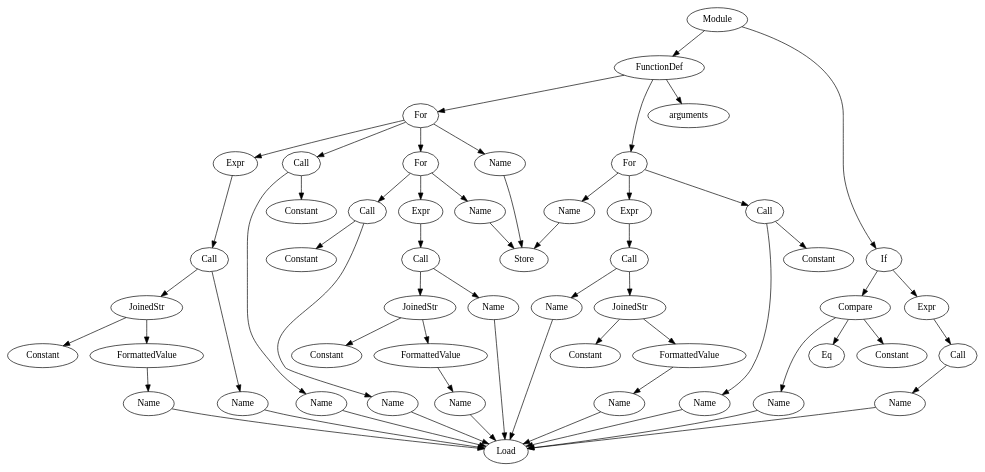
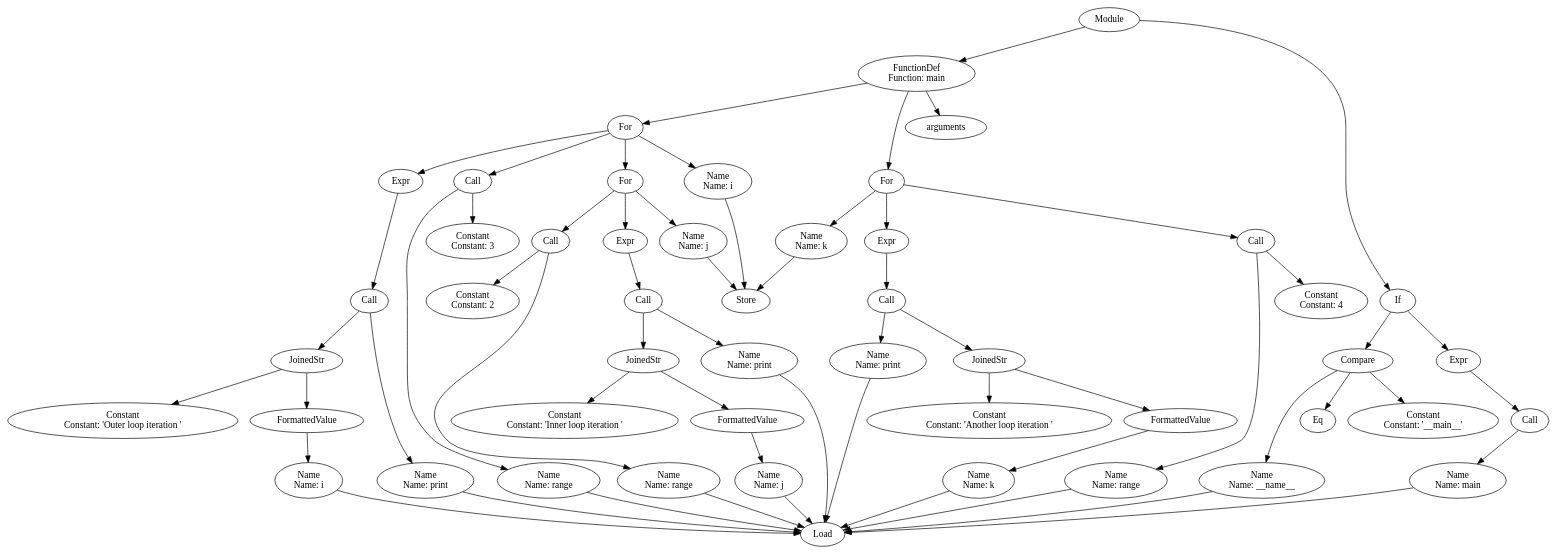
One commit to UnTea/Compiler-ish changed the diagram in output/output.dot. Above: the diagram before and after it, drawn with Graphviz. The commit also changed 2 other files, not shown here.

```diff
--- a/output/output.dot
+++ b/output/output.dot
@@ -1,123 +1,145 @@
 digraph AST {
-	"2815428092560" [label = "Module"]
-	"2815428092560" -> "2815428092608"
-	"2815428092560" -> "2815428092656"
-	"2815428092608" [label = "FunctionDef"]
-	"2815428092608" -> "2815428092704"
-	"2815428092608" -> "2815428092752"
-	"2815428092608" -> "2815428092848"
-	"2815428092704" [label = "arguments"]
-	"2815428092752" [label = "For"]
-	"2815428092752" -> "2815428092800"
-	"2815428092752" -> "2815428092896"
-	"2815428092752" -> "2815428092992"
-	"2815428092752" -> "2815428093472"
-	"2815428092800" [label = "Name"]
-	"2815428092800" -> "2815427706944"
-	"2815427706944" [label = "Store"]
-	"2815428092896" [label = "Call"]
-	"2815428092896" -> "2815428092944"
-	"2815428092896" -> "2815428093040"
-	"2815428092944" [label = "Name"]
-	"2815428092944" -> "2815427707040"
-	"2815427707040" [label = "Load"]
-	"2815428093040" [label = "Constant"]
-	"2815428092992" [label = "Expr"]
-	"2815428092992" -> "2815428093088"
-	"2815428093088" [label = "Call"]
-	"2815428093088" -> "2815428093136"
-	"2815428093088" -> "2815428093184"
-	"2815428093136" [label = "Name"]
-	"2815428093136" -> "2815427707040"
-	"2815427707040" [label = "Load"]
-	"2815428093184" [label = "JoinedStr"]
-	"2815428093184" -> "2815428093232"
-	"2815428093184" -> "2815428093280"
-	"2815428093232" [label = "Constant"]
-	"2815428093280" [label = "FormattedValue"]
-	"2815428093280" -> "2815428093328"
-	"2815428093328" [label = "Name"]
-	"2815428093328" -> "2815427707040"
-	"2815427707040" [label = "Load"]
-	"2815428093472" [label = "For"]
-	"2815428093472" -> "2815428093520"
-	"2815428093472" -> "2815428093616"
-	"2815428093472" -> "2815428093760"
-	"2815428093520" [label = "Name"]
-	"2815428093520" -> "2815427706944"
-	"2815427706944" [label = "Store"]
-	"2815428093616" [label = "Call"]
-	"2815428093616" -> "2815428093664"
-	"2815428093616" -> "2815428093712"
-	"2815428093664" [label = "Name"]
-	"2815428093664" -> "2815427707040"
-	"2815427707040" [label = "Load"]
-	"2815428093712" [label = "Constant"]
-	"2815428093760" [label = "Expr"]
-	"2815428093760" -> "2815428093808"
-	"2815428093808" [label = "Call"]
-	"2815428093808" -> "2815428093856"
-	"2815428093808" -> "2815428093904"
-	"2815428093856" [label = "Name"]
-	"2815428093856" -> "2815427707040"
-	"2815427707040" [label = "Load"]
-	"2815428093904" [label = "JoinedStr"]
-	"2815428093904" -> "2815428093952"
-	"2815428093904" -> "2815428094000"
-	"2815428093952" [label = "Constant"]
-	"2815428094000" [label = "FormattedValue"]
-	"2815428094000" -> "2815428094048"
-	"2815428094048" [label = "Name"]
-	"2815428094048" -> "2815427707040"
-	"2815427707040" [label = "Load"]
-	"2815428092848" [label = "For"]
-	"2815428092848" -> "2815428093568"
-	"2815428092848" -> "2815428094192"
-	"2815428092848" -> "2815428094336"
-	"2815428093568" [label = "Name"]
-	"2815428093568" -> "2815427706944"
-	"2815427706944" [label = "Store"]
-	"2815428094192" [label = "Call"]
-	"2815428094192" -> "2815428094240"
-	"2815428094192" -> "2815428094288"
-	"2815428094240" [label = "Name"]
-	"2815428094240" -> "2815427707040"
-	"2815427707040" [label = "Load"]
-	"2815428094288" [label = "Constant"]
-	"2815428094336" [label = "Expr"]
-	"2815428094336" -> "2815428094384"
-	"2815428094384" [label = "Call"]
-	"2815428094384" -> "2815428094432"
-	"2815428094384" -> "2815428094480"
-	"2815428094432" [label = "Name"]
-	"2815428094432" -> "2815427707040"
-	"2815427707040" [label = "Load"]
-	"2815428094480" [label = "JoinedStr"]
-	"2815428094480" -> "2815428094528"
-	"2815428094480" -> "2815428094576"
-	"2815428094528" [label = "Constant"]
-	"2815428094576" [label = "FormattedValue"]
-	"2815428094576" -> "2815428094624"
-	"2815428094624" [label = "Name"]
-	"2815428094624" -> "2815427707040"
-	"2815427707040" [label = "Load"]
-	"2815428092656" [label = "If"]
-	"2815428092656" -> "2815428094768"
-	"2815428092656" -> "2815428094960"
-	"2815428094768" [label = "Compare"]
-	"2815428094768" -> "2815428094816"
-	"2815428094768" -> "2815427711840"
-	"2815428094768" -> "2815428094912"
-	"2815428094816" [label = "Name"]
-	"2815428094816" -> "2815427707040"
-	"2815427707040" [label = "Load"]
-	"2815427711840" [label = "Eq"]
-	"2815428094912" [label = "Constant"]
-	"2815428094960" [label = "Expr"]
-	"2815428094960" -> "2815428095008"
-	"2815428095008" [label = "Call"]
-	"2815428095008" -> "2815428095056"
-	"2815428095056" [label = "Name"]
-	"2815428095056" -> "2815427707040"
-	"2815427707040" [label = "Load"]
+	"1730208856096" [label = "Module"]
+	"1730208856096" -> "1730208856624"
+	"1730208856096" -> "1730208855856"
+	"1730208856624" [label = "FunctionDef
+Function: main"]
+	"1730208856624" -> "1730208856576"
+	"1730208856624" -> "1730208855616"
+	"1730208856624" -> "1730208857920"
+	"1730208856576" [label = "arguments"]
+	"1730208855616" [label = "For"]
+	"1730208855616" -> "1730208857872"
+	"1730208855616" -> "1730208857968"
+	"1730208855616" -> "1730212913664"
+	"1730208855616" -> "1730212917216"
+	"1730208857872" [label = "Name
+Name: i"]
+	"1730208857872" -> "1730212495424"
+	"1730212495424" [label = "Store"]
+	"1730208857968" [label = "Call"]
+	"1730208857968" -> "1730212912704"
+	"1730208857968" -> "1730212913760"
+	"1730212912704" [label = "Name
+Name: range"]
+	"1730212912704" -> "1730212495520"
+	"1730212495520" [label = "Load"]
+	"1730212913760" [label = "Constant
+Constant: 3"]
+	"1730212913664" [label = "Expr"]
+	"1730212913664" -> "1730212915152"
+	"1730212915152" [label = "Call"]
+	"1730212915152" -> "1730212915632"
+	"1730212915152" -> "1730212915728"
+	"1730212915632" [label = "Name
+Name: print"]
+	"1730212915632" -> "1730212495520"
+	"1730212495520" [label = "Load"]
+	"1730212915728" [label = "JoinedStr"]
+	"1730212915728" -> "1730212916064"
+	"1730212915728" -> "1730212916112"
+	"1730212916064" [label = "Constant
+Constant: 'Outer loop iteration '"]
+	"1730212916112" [label = "FormattedValue"]
+	"1730212916112" -> "1730212916304"
+	"1730212916304" [label = "Name
+Name: i"]
+	"1730212916304" -> "1730212495520"
+	"1730212495520" [label = "Load"]
+	"1730212917216" [label = "For"]
+	"1730212917216" -> "1730212918608"
+	"1730212917216" -> "1730212918944"
+	"1730212917216" -> "1730213320384"
+	"1730212918608" [label = "Name
+Name: j"]
+	"1730212918608" -> "1730212495424"
+	"1730212495424" [label = "Store"]
+	"1730212918944" [label = "Call"]
+	"1730212918944" -> "1730212920864"
+	"1730212918944" -> "1730212905024"
+	"1730212920864" [label = "Name
+Name: range"]
+	"1730212920864" -> "1730212495520"
+	"1730212495520" [label = "Load"]
+	"1730212905024" [label = "Constant
+Constant: 2"]
+	"1730213320384" [label = "Expr"]
+	"1730213320384" -> "1730213320336"
+	"1730213320336" [label = "Call"]
+	"1730213320336" -> "1730213320288"
+	"1730213320336" -> "1730213320240"
+	"1730213320288" [label = "Name
+Name: print"]
+	"1730213320288" -> "1730212495520"
+	"1730212495520" [label = "Load"]
+	"1730213320240" [label = "JoinedStr"]
+	"1730213320240" -> "1730213320192"
+	"1730213320240" -> "1730213320144"
+	"1730213320192" [label = "Constant
+Constant: 'Inner loop iteration '"]
+	"1730213320144" [label = "FormattedValue"]
+	"1730213320144" -> "1730213320096"
+	"1730213320096" [label = "Name
+Name: j"]
+	"1730213320096" -> "1730212495520"
+	"1730212495520" [label = "Load"]
+	"1730208857920" [label = "For"]
+	"1730208857920" -> "1730212918848"
+	"1730208857920" -> "1730213319952"
+	"1730208857920" -> "1730213319808"
+	"1730212918848" [label = "Name
+Name: k"]
+	"1730212918848" -> "1730212495424"
+	"1730212495424" [label = "Store"]
+	"1730213319952" [label = "Call"]
+	"1730213319952" -> "1730213319904"
+	"1730213319952" -> "1730213319856"
+	"1730213319904" [label = "Name
+Name: range"]
+	"1730213319904" -> "1730212495520"
+	"1730212495520" [label = "Load"]
+	"1730213319856" [label = "Constant
+Constant: 4"]
+	"1730213319808" [label = "Expr"]
+	"1730213319808" -> "1730213319760"
+	"1730213319760" [label = "Call"]
+	"1730213319760" -> "1730213319712"
+	"1730213319760" -> "1730213319664"
+	"1730213319712" [label = "Name
+Name: print"]
+	"1730213319712" -> "1730212495520"
+	"1730212495520" [label = "Load"]
+	"1730213319664" [label = "JoinedStr"]
+	"1730213319664" -> "1730213319616"
+	"1730213319664" -> "1730213319568"
+	"1730213319616" [label = "Constant
+Constant: 'Another loop iteration '"]
+	"1730213319568" [label = "FormattedValue"]
+	"1730213319568" -> "1730213319520"
+	"1730213319520" [label = "Name
+Name: k"]
+	"1730213319520" -> "1730212495520"
+	"1730212495520" [label = "Load"]
+	"1730208855856" [label = "If"]
+	"1730208855856" -> "1730213319376"
+	"1730208855856" -> "1730213319184"
+	"1730213319376" [label = "Compare"]
+	"1730213319376" -> "1730213319328"
+	"1730213319376" -> "1730212500320"
+	"1730213319376" -> "1730213319232"
+	"1730213319328" [label = "Name
+Name: __name__"]
+	"1730213319328" -> "1730212495520"
+	"1730212495520" [label = "Load"]
+	"1730212500320" [label = "Eq"]
+	"1730213319232" [label = "Constant
+Constant: '__main__'"]
+	"1730213319184" [label = "Expr"]
+	"1730213319184" -> "1730213319136"
+	"1730213319136" [label = "Call"]
+	"1730213319136" -> "1730213319088"
+	"1730213319088" [label = "Name
+Name: main"]
+	"1730213319088" -> "1730212495520"
+	"1730212495520" [label = "Load"]
 }
```
